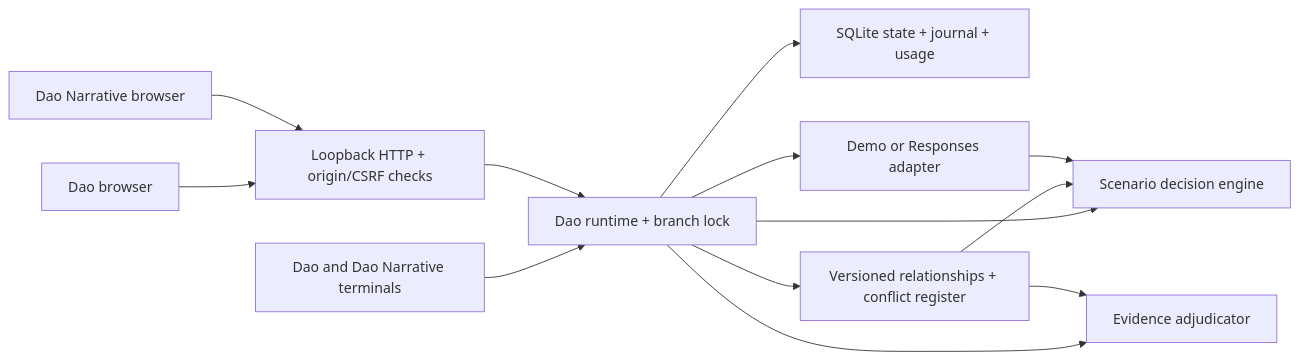
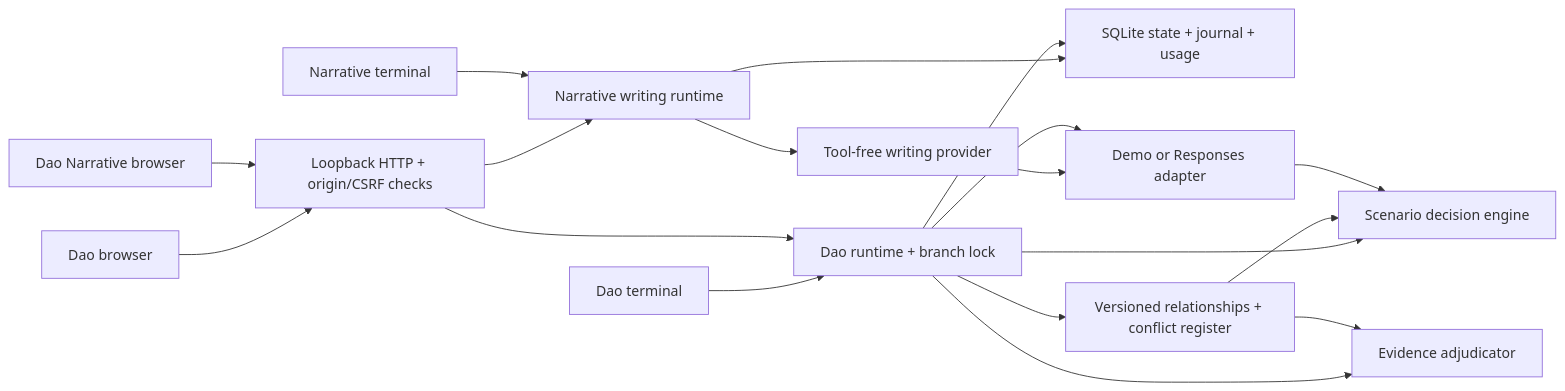
Before and after one commit to Virgo-3/Dao: the diagram in docs/architecture.md, drawn with Mermaid. The commit also changed other lines of this file and 21 other files, not shown here.

Commit message:
Simplify Dao Narrative into a writing workspace

````diff
--- a/docs/architecture.md
+++ b/docs/architecture.md
@@ -7,15 +9,20 @@
 ```mermaid
 flowchart LR
     UI[Dao browser] --> HTTP[Loopback HTTP + origin/CSRF checks]
     NarrativeUI[Dao Narrative browser] --> HTTP
-    Terminal[Dao and Dao Narrative terminals] --> Runtime
+    HTTP --> Writing[Narrative writing runtime]
+    Writing --> Store
+    Writing --> Writer[Tool-free writing provider]
+    Writer --> Provider
+    Terminal[Dao terminal] --> Runtime
+    NarrativeTerminal[Narrative terminal] --> Writing
     HTTP --> Runtime[Dao runtime + branch lock]
     Runtime --> Store[SQLite state + journal + usage]
     Runtime --> Decision[Scenario decision engine]
     Runtime --> Audit[Evidence adjudicator]
     Runtime --> Relationships[Versioned relationships + conflict register]
     Relationships --> Decision
     Relationships --> Audit
     Runtime --> Provider[Demo or Responses adapter]
     Provider --> Decision
 ```
````
